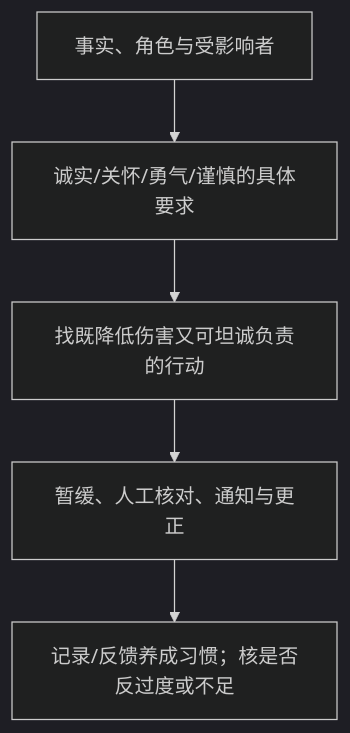
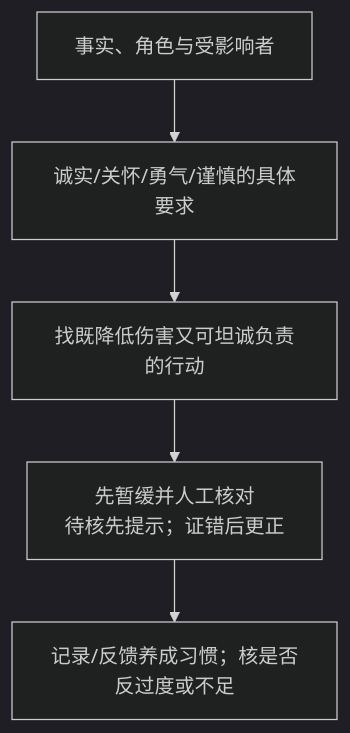
One commit to CercaTrovato/cityu-ai-course-notes changed the ninth of 14 diagrams in IS5113_AI_Ethics_and_Regulations/notes/M02-道德理论及其应用.md. Above: the diagram before and after it, drawn with Mermaid (dark theme). The commit also changed other lines of this file and 88 other files, not shown here.

````diff
--- a/IS5113_AI_Ethics_and_Regulations/notes/M02-道德理论及其应用.md
+++ b/IS5113_AI_Ethics_and_Regulations/notes/M02-道德理论及其应用.md
@@ -3272,7 +3529,7 @@
 ```mermaid
 flowchart TD
  F["事实、角色与受影响者"] --> V["诚实/关怀/勇气/谨慎的具体要求"]
  V --> C["找既降低伤害又可坦诚负责的行动"]
- C --> A["暂缓、人工核对、通知与更正"]
+ C --> A["先暂缓并人工核对<br/>待核先提示；证错后更正"]
  A --> R["记录/反馈养成习惯；核是否反过度或不足"]
 ```
````
